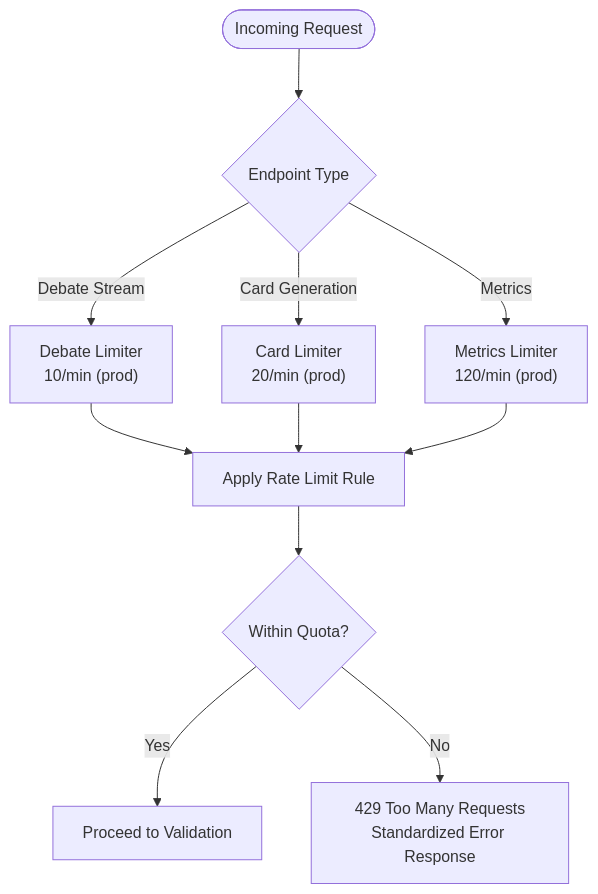
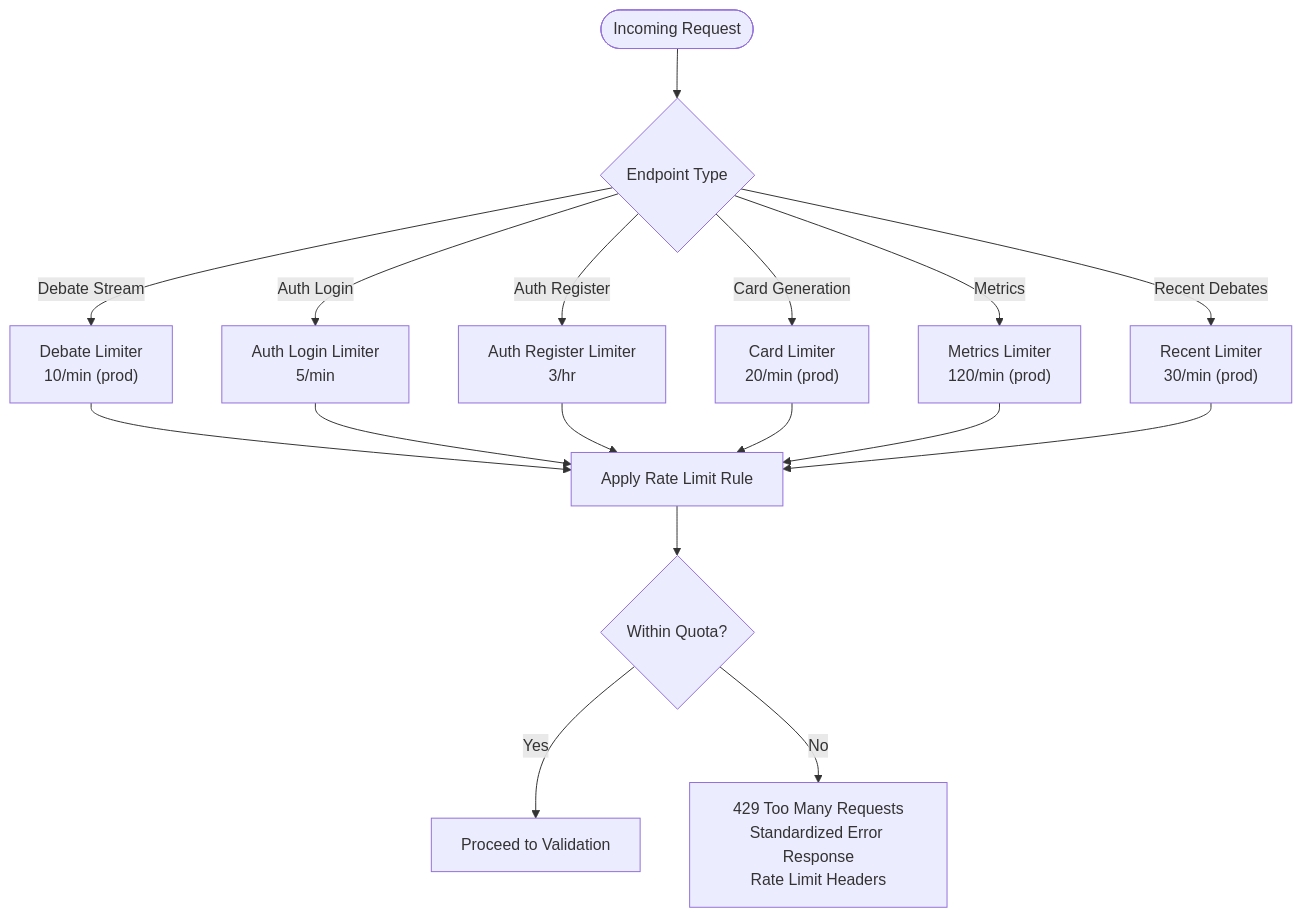
The fourth of 8 diagrams in .qoder/repowiki/en/content/System Architecture/Security Architecture.md (RunTimeAdmin/tri-ai), drawn with Mermaid before and after one commit. The commit also changed other lines of this file and 40 other files, not shown here.

````diff
--- a/.qoder/repowiki/en/content/System Architecture/Security Architecture.md
+++ b/.qoder/repowiki/en/content/System Architecture/Security Architecture.md
@@ -166,13 +250,19 @@
 ```mermaid
 flowchart TD
 Start(["Incoming Request"]) --> SelectLimiter{"Endpoint Type"}
 SelectLimiter --> |Debate Stream| DebLimiter["Debate Limiter<br/>10/min (prod)"]
+SelectLimiter --> |Auth Login| AuthLoginLimiter["Auth Login Limiter<br/>5/min"]
+SelectLimiter --> |Auth Register| AuthRegLimiter["Auth Register Limiter<br/>3/hr"]
 SelectLimiter --> |Card Generation| CardLimiter["Card Limiter<br/>20/min (prod)"]
 SelectLimiter --> |Metrics| MetLimiter["Metrics Limiter<br/>120/min (prod)"]
+SelectLimiter --> |Recent Debates| RecentLimiter["Recent Limiter<br/>30/min (prod)"]
 DebLimiter --> Apply["Apply Rate Limit Rule"]
+AuthLoginLimiter --> Apply
+AuthRegLimiter --> Apply
 CardLimiter --> Apply
 MetLimiter --> Apply
+RecentLimiter --> Apply
 Apply --> Allowed{"Within Quota?"}
 Allowed --> |Yes| Proceed["Proceed to Validation"]
-Allowed --> |No| Reject["429 Too Many Requests<br/>Standardized Error Response"]
+Allowed --> |No| Reject["429 Too Many Requests<br/>Standardized Error Response<br/>Rate Limit Headers"]
 ```
````
